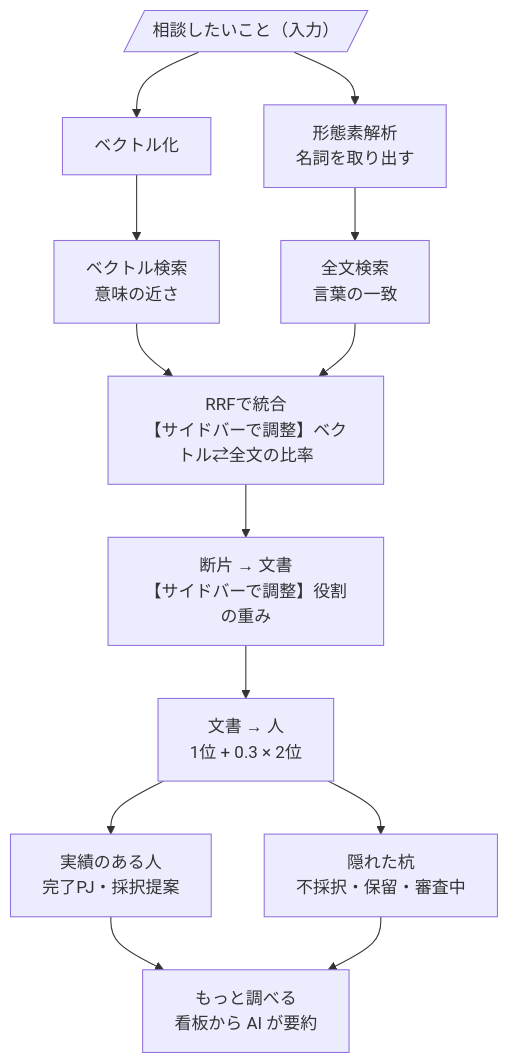
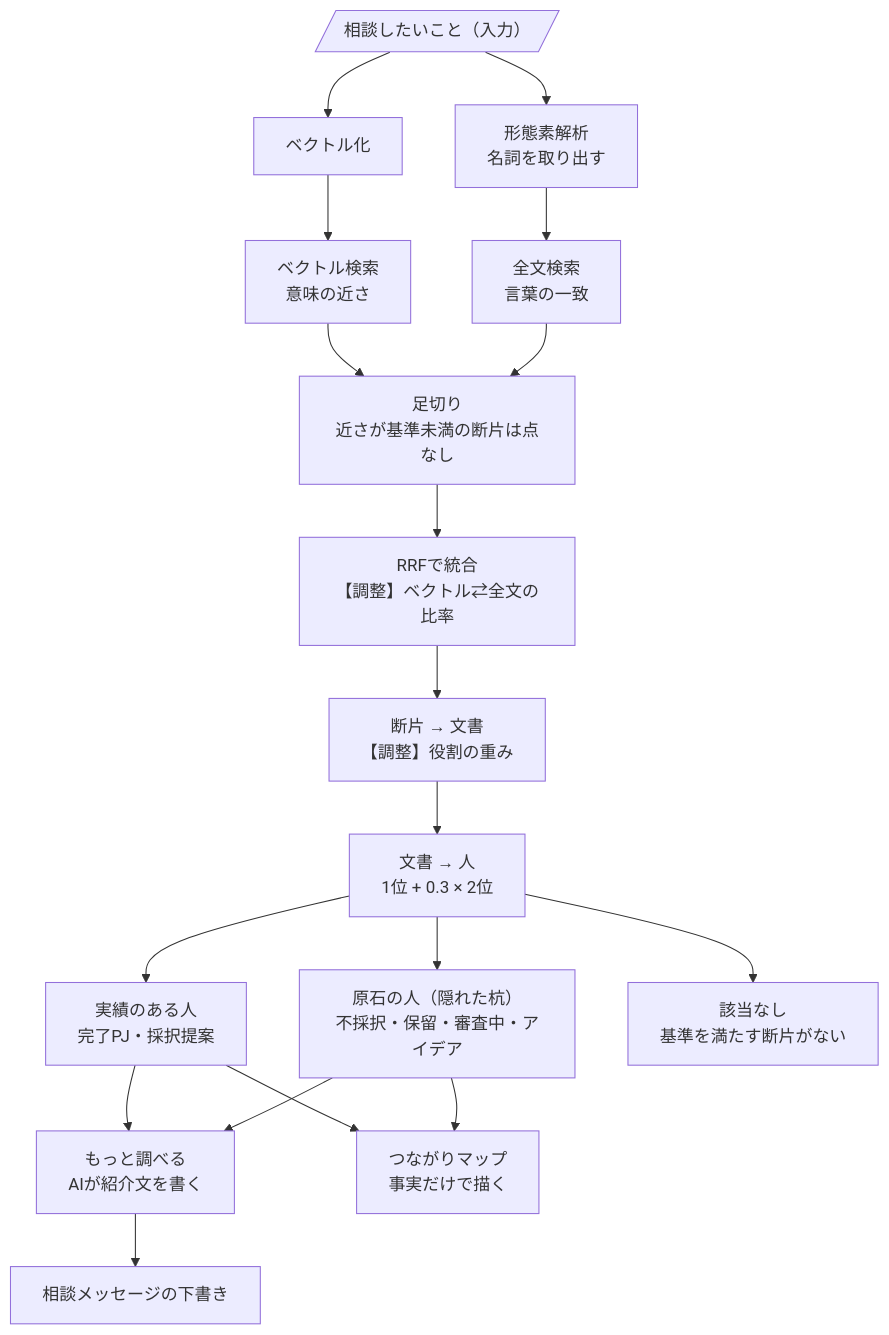
One commit to emon0415/DATA-TRIANGLE_261013 changed the diagram in docs/検索アルゴリズム解説.md. Above: the diagram before and after it, drawn with Mermaid. The commit also changed other lines of this file and 4 other files, not shown here.

````diff
--- a/docs/検索アルゴリズム解説.md
+++ b/docs/検索アルゴリズム解説.md
@@ -3,15 +3,20 @@
 ```mermaid
 flowchart TD
     Q[/"相談したいこと（入力）"/] --> E["ベクトル化"]
     E --> V["ベクトル検索<br/>意味の近さ"]
     Q --> M["形態素解析<br/>名詞を取り出す"]
     M --> F["全文検索<br/>言葉の一致"]
-    V --> R["RRFで統合<br/>【サイドバーで調整】ベクトル⇄全文の比率"]
-    F --> R
-    R --> D["断片 → 文書<br/>【サイドバーで調整】役割の重み"]
+    V --> C["足切り<br/>近さが基準未満の断片は点なし"]
+    F --> C
+    C --> R["RRFで統合<br/>【調整】ベクトル⇄全文の比率"]
+    R --> D["断片 → 文書<br/>【調整】役割の重み"]
     D --> P["文書 → 人<br/>1位 + 0.3 × 2位"]
     P --> A["実績のある人<br/>完了PJ・採択提案"]
-    P --> B["隠れた杭<br/>不採択・保留・審査中"]
-    A --> K["もっと調べる<br/>看板から AI が要約"]
+    P --> B["原石の人（隠れた杭）<br/>不採択・保留・審査中・アイデア"]
+    P --> Z["該当なし<br/>基準を満たす断片がない"]
+    A --> K["もっと調べる<br/>AIが紹介文を書く"]
     B --> K
+    A --> N["つながりマップ<br/>事実だけで描く"]
+    B --> N
+    K --> O["相談メッセージの下書き"]
 ```
````
